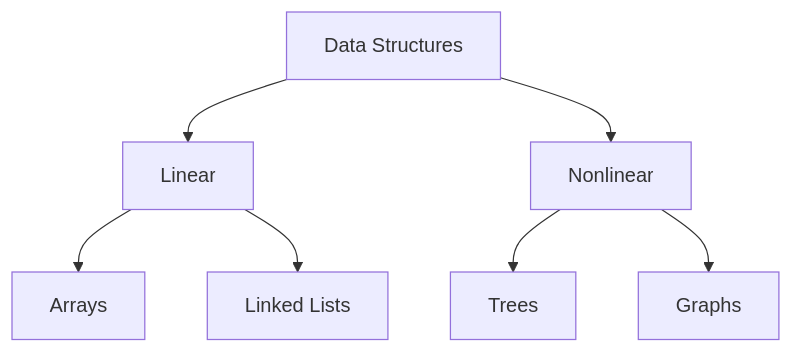
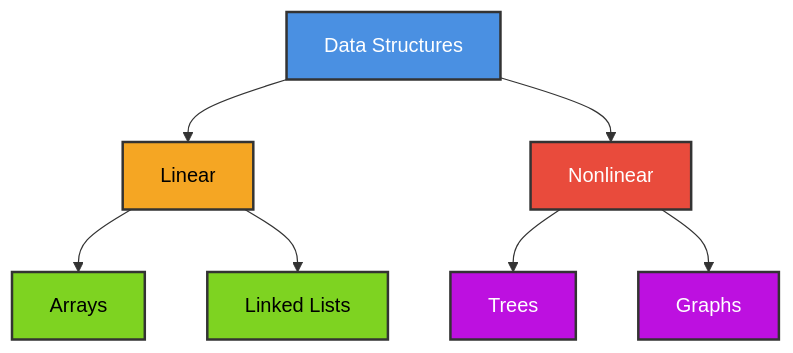
Before and after one commit to M-F-Tushar/CSE-2101-Data-Structure: the first of 15 diagrams in Chapter 4 - Arrays, Records and Pointers/README.md, drawn with Mermaid. The commit also changed other lines of this file, not shown here.

````diff
--- a/Chapter 4 - Arrays, Records and Pointers/README.md
+++ b/Chapter 4 - Arrays, Records and Pointers/README.md
@@ -29,9 +30,17 @@
 ```mermaid
 graph TD
     A[Data Structures] --> B[Linear]
     A --> C[Nonlinear]
     B --> D[Arrays]
     B --> E[Linked Lists]
     C --> F[Trees]
     C --> G[Graphs]
+    
+    style A fill:#4A90E2,stroke:#333,stroke-width:2px,color:#fff
+    style B fill:#F5A623,stroke:#333,stroke-width:2px,color:#000
+    style C fill:#E94B3C,stroke:#333,stroke-width:2px,color:#fff
+    style D fill:#7ED321,stroke:#333,stroke-width:2px,color:#000
+    style E fill:#7ED321,stroke:#333,stroke-width:2px,color:#000
+    style F fill:#BD10E0,stroke:#333,stroke-width:2px,color:#fff
+    style G fill:#BD10E0,stroke:#333,stroke-width:2px,color:#fff
 ```
````
